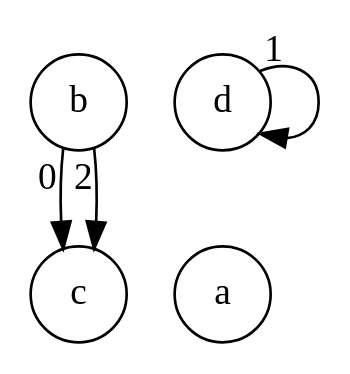
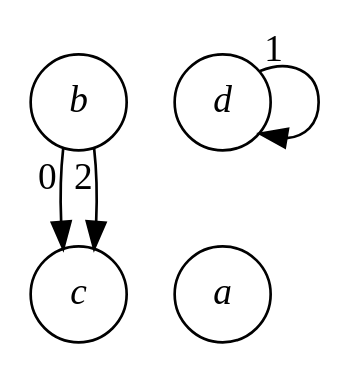
The diagram in src/Ubiquitous.Workbench/IndexedGraphs/02.gv (qbit86/arborescence), drawn with Graphviz before and after one commit. The commit also changed 2 other files, not shown here.

Commit message:
Specified fontname in examples.

```diff
--- a/src/Ubiquitous.Workbench/IndexedGraphs/02.gv
+++ b/src/Ubiquitous.Workbench/IndexedGraphs/02.gv
@@ -1,10 +1,10 @@
 digraph "Isolated first vertex" {
-  node [shape=circle]
+  node [shape=circle, fontname="Times-Italic"]
   b -> c [xlabel=0]
   d -> d [xlabel=1]
   b -> c [xlabel=2]
   {
     rank=same
     c a
   }
 }
```
